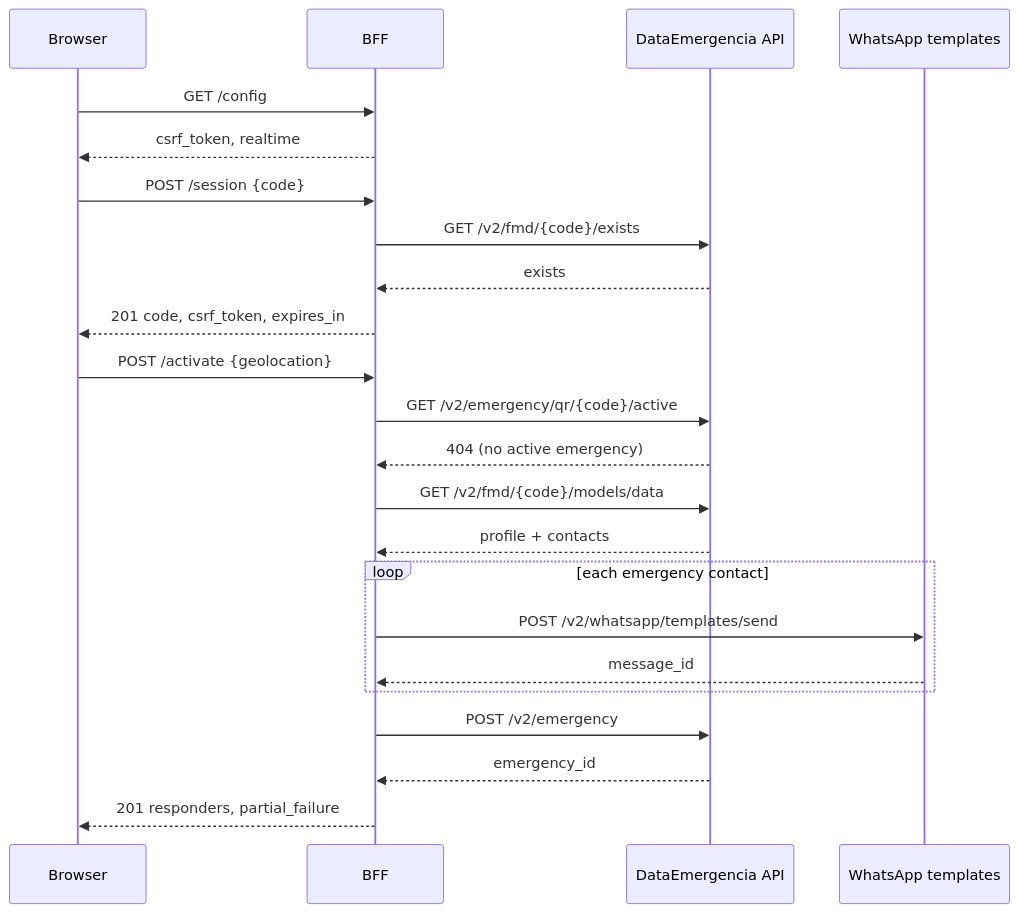
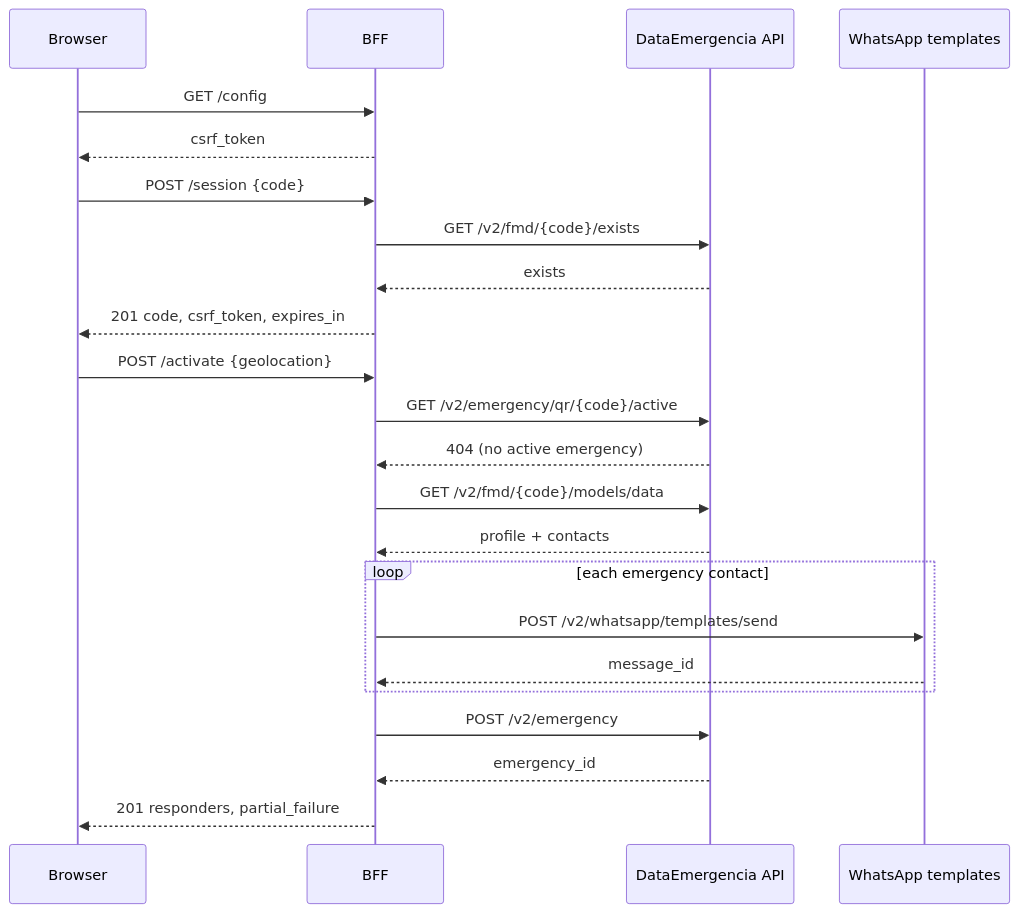
Before and after one commit to The-BoxHead-Guy/emergency-bff: the diagram in docs/bff/activation-flow.md, drawn with Mermaid. The commit also changed other lines of this file and 23 other files, not shown here.

````diff
--- a/docs/bff/activation-flow.md
+++ b/docs/bff/activation-flow.md
@@ -10,27 +10,27 @@
 ```mermaid
 sequenceDiagram
     participant Browser
     participant BFF
     participant API as DataEmergencia API
     participant WA as WhatsApp templates
 
     Browser->>BFF: GET /config
-    BFF-->>Browser: csrf_token, realtime
+    BFF-->>Browser: csrf_token
     Browser->>BFF: POST /session {code}
     BFF->>API: GET /v2/fmd/{code}/exists
     API-->>BFF: exists
     BFF-->>Browser: 201 code, csrf_token, expires_in
 
     Browser->>BFF: POST /activate {geolocation}
     BFF->>API: GET /v2/emergency/qr/{code}/active
     API-->>BFF: 404 (no active emergency)
     BFF->>API: GET /v2/fmd/{code}/models/data
     API-->>BFF: profile + contacts
     loop each emergency contact
         BFF->>WA: POST /v2/whatsapp/templates/send
         WA-->>BFF: message_id
     end
     BFF->>API: POST /v2/emergency
     API-->>BFF: emergency_id
     BFF-->>Browser: 201 responders, partial_failure
 ```
````
